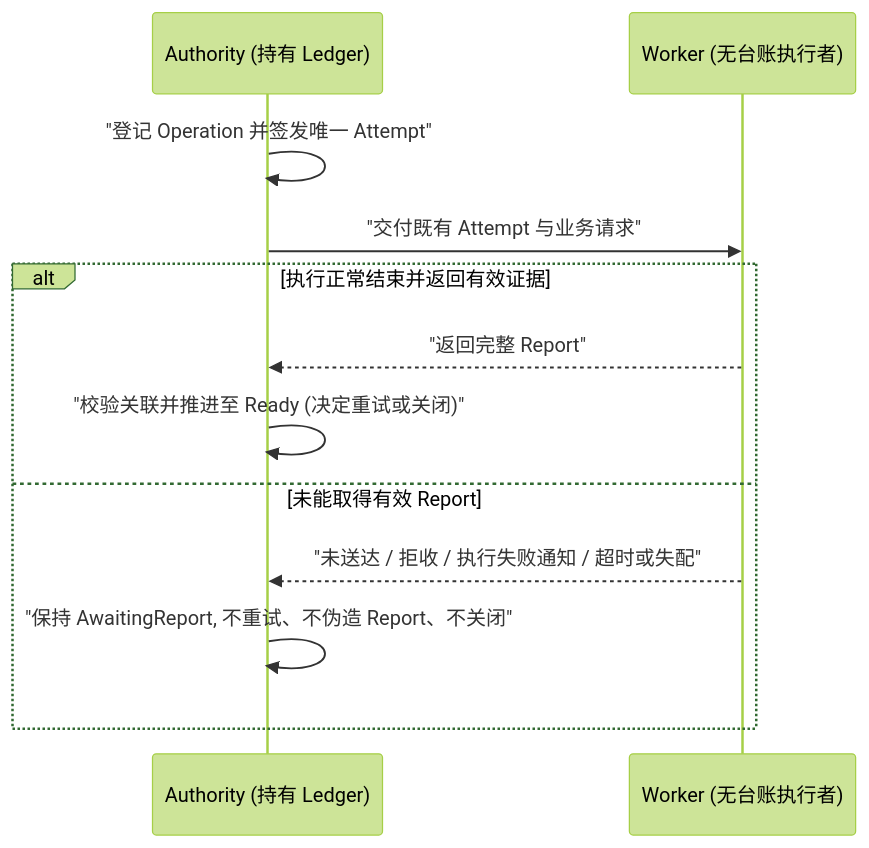
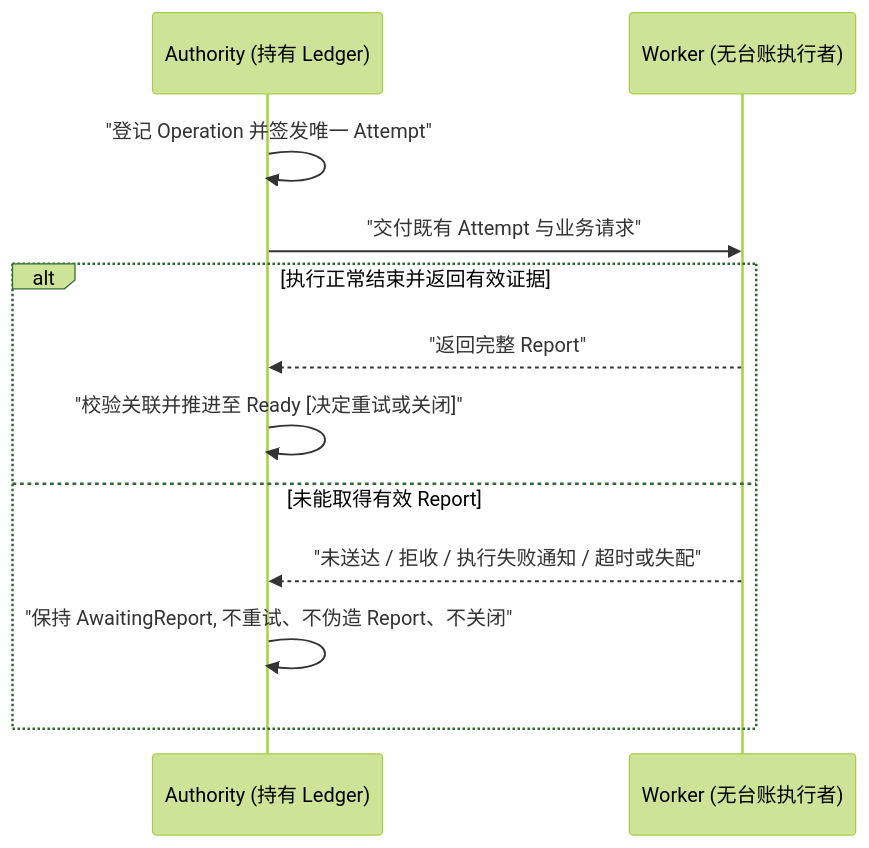
Before and after one commit to Everfold/Beamlet: the first of 2 diagrams in spec/03-roles.md, drawn with Mermaid (forest theme). The commit also changed other lines of this file and 16 other files, not shown here.

````diff
--- a/spec/03-roles.md
+++ b/spec/03-roles.md
@@ -8,15 +8,15 @@
 ```mermaid
 sequenceDiagram
     participant A as Authority (持有 Ledger)
     participant W as Worker (无台账执行者)
 
     A->>A: "登记 Operation 并签发唯一 Attempt"
     A->>W: "交付既有 Attempt 与业务请求"
     alt 执行正常结束并返回有效证据
         W-->>A: "返回完整 Report"
-        A->>A: "校验关联并推进至 Ready (决定重试或关闭)"
+        A->>A: "校验关联并推进至 Ready [决定重试或关闭]"
     else 未能取得有效 Report
         W-->>A: "未送达 / 拒收 / 执行失败通知 / 超时或失配"
         A->>A: "保持 AwaitingReport, 不重试、不伪造 Report、不关闭"
     end
 ```
````
